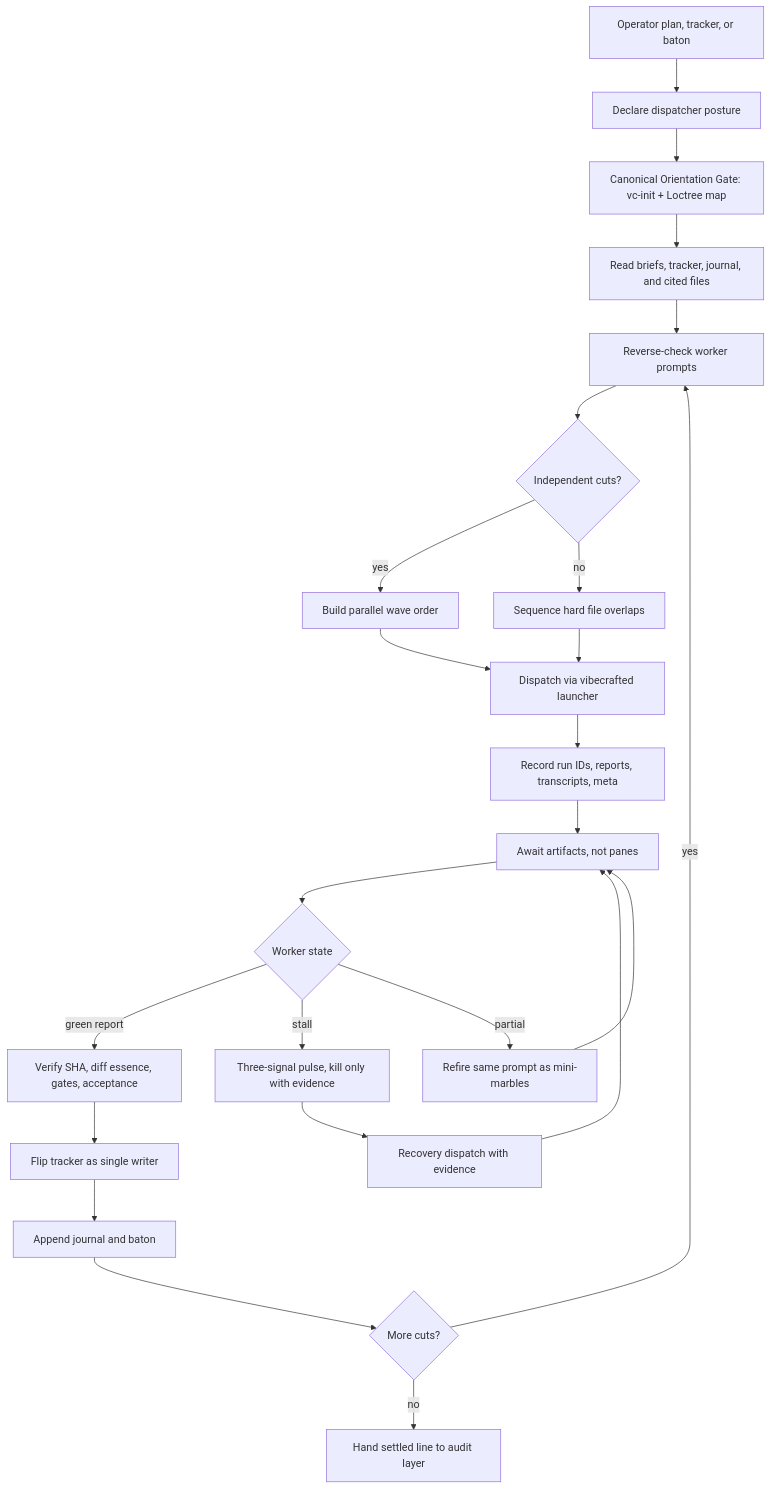
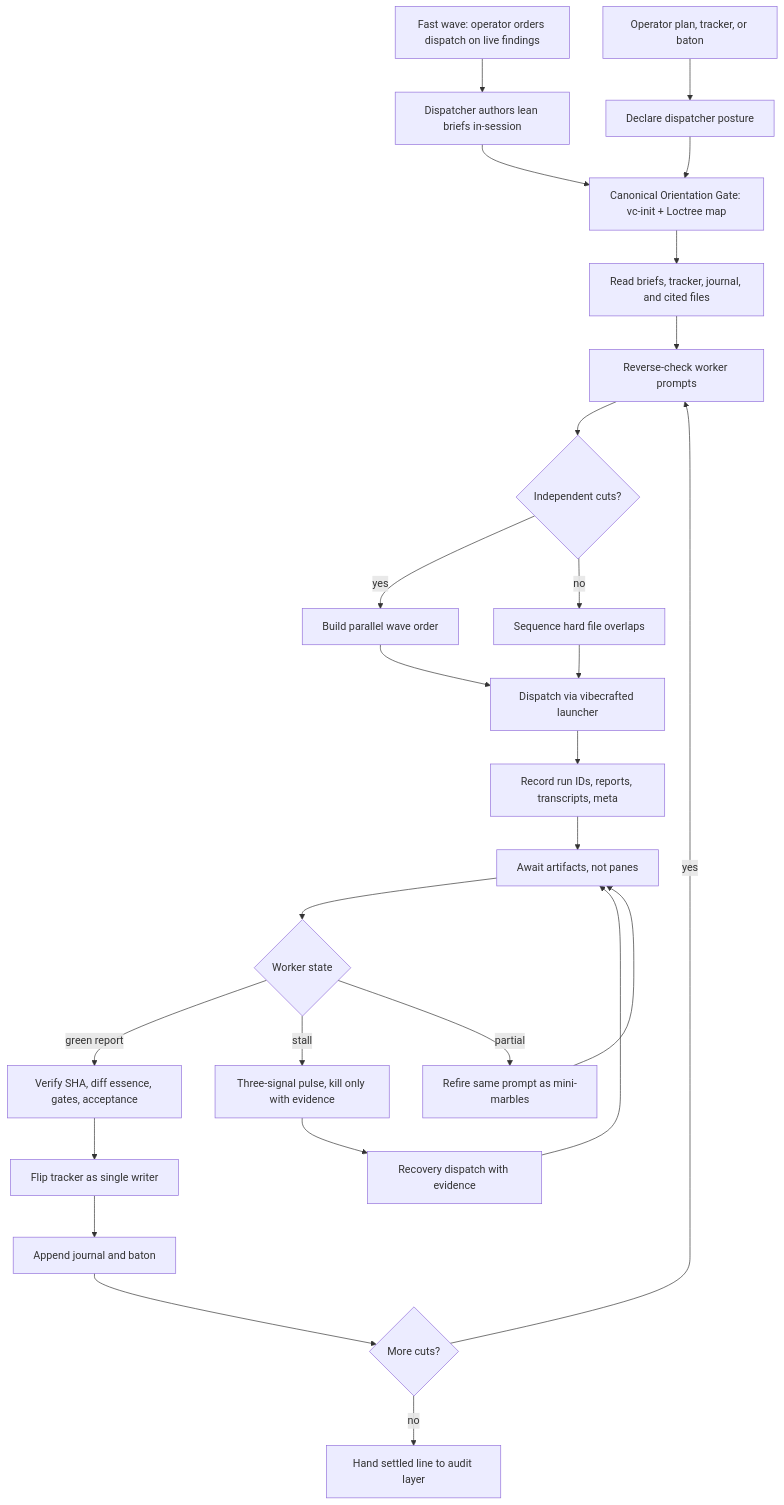
The diagram in vibecrafted-core/vibecrafted_core/skills/pl/vc-dispatch/FLOW.md (VetCoders/vibecrafted), drawn with Mermaid before and after one commit. The commit also changed 5 other files, not shown here.

First line of the commit message:
feat(vc-dispatch): fast wave — operator-ordered blitz without scaffold ceremony (#64)

````diff
--- a/vibecrafted-core/vibecrafted_core/skills/pl/vc-dispatch/FLOW.md
+++ b/vibecrafted-core/vibecrafted_core/skills/pl/vc-dispatch/FLOW.md
@@ -11,26 +11,28 @@
 ```mermaid
 flowchart TD
     A[Operator plan, tracker, or baton] --> B[Declare dispatcher posture]
+    A2[Fast wave: operator orders dispatch on live findings] --> B2[Dispatcher authors lean briefs in-session]
+    B2 --> C
     B --> C[Canonical Orientation Gate: vc-init + Loctree map]
     C --> D[Read briefs, tracker, journal, and cited files]
     D --> E[Reverse-check worker prompts]
     E --> F{Independent cuts?}
     F -->|yes| G[Build parallel wave order]
     F -->|no| H[Sequence hard file overlaps]
     G --> I[Dispatch via vibecrafted launcher]
     H --> I
     I --> J[Record run IDs, reports, transcripts, meta]
     J --> K[Await artifacts, not panes]
     K --> L{Worker state}
     L -->|green report| M[Verify SHA, diff essence, gates, acceptance]
     L -->|stall| N[Three-signal pulse, kill only with evidence]
     L -->|partial| O[Refire same prompt as mini-marbles]
     N --> P[Recovery dispatch with evidence]
     P --> K
     O --> K
     M --> Q[Flip tracker as single writer]
     Q --> R[Append journal and baton]
     R --> S{More cuts?}
     S -->|yes| E
     S -->|no| T[Hand settled line to audit layer]
 ```
````
